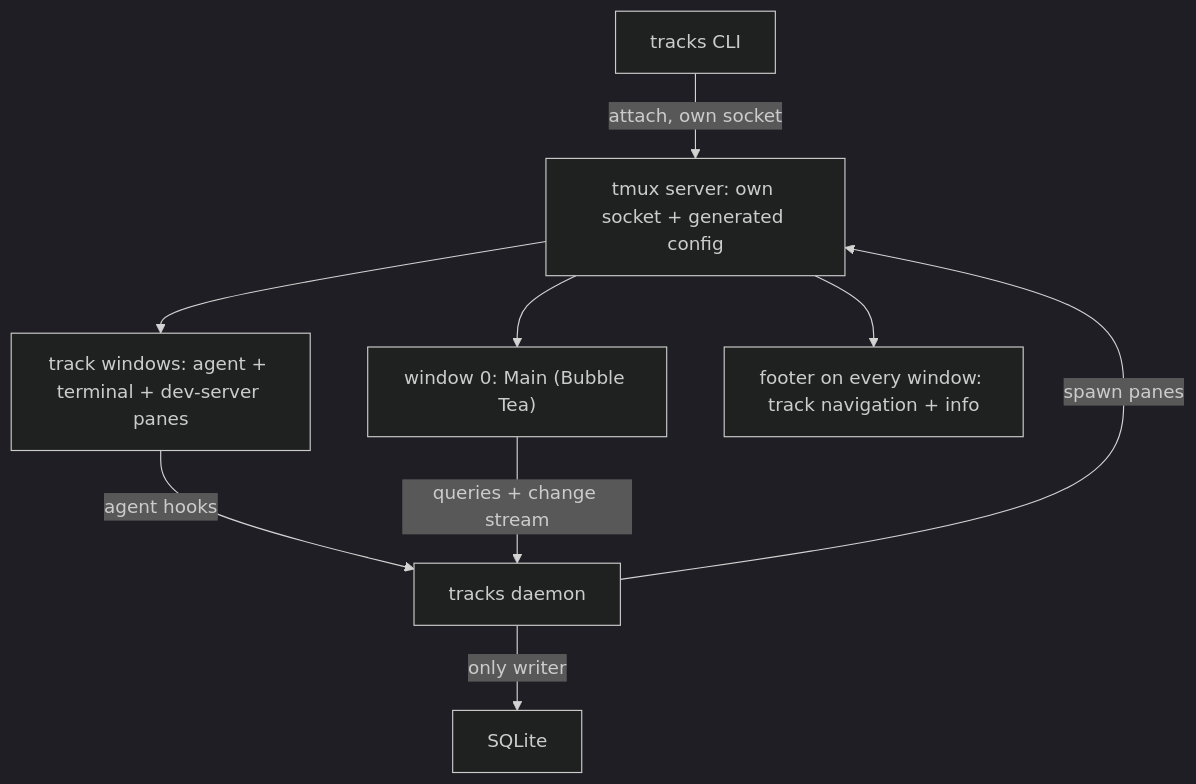
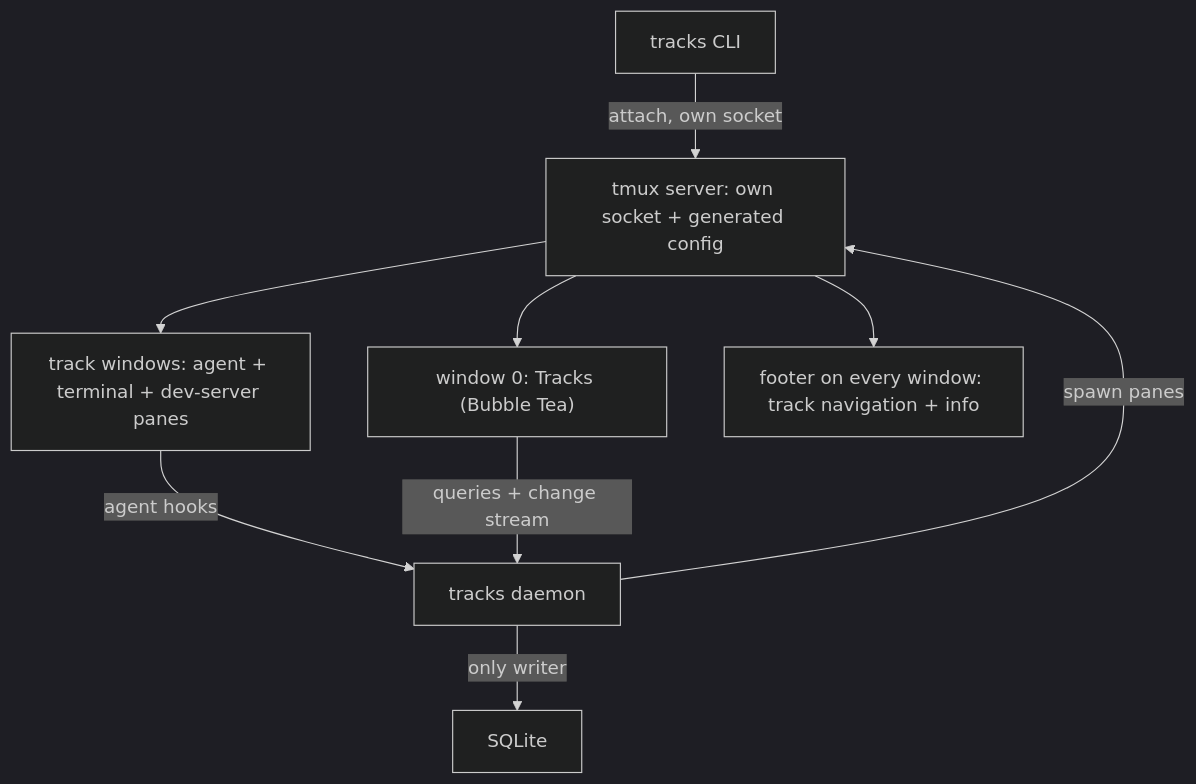
The diagram in docs/v2/masterplan.md (bluegardenproject/tracks), drawn with Mermaid (dark theme) before and after one commit. The commit also changed other lines of this file and 15 other files, not shown here.

````diff
--- a/docs/v2/masterplan.md
+++ b/docs/v2/masterplan.md
@@ -44,11 +45,11 @@
 ```mermaid
 flowchart TD
     cli["tracks CLI"] -->|"attach, own socket"| server["tmux server: own socket + generated config"]
     daemon["tracks daemon"] -->|"spawn panes"| server
-    server --> mainWin["window 0: Main (Bubble Tea)"]
+    server --> tracksWin["window 0: Tracks (Bubble Tea)"]
     server --> trackWin["track windows: agent + terminal + dev-server panes"]
     server --> footer["footer on every window: track navigation + info"]
     trackWin -->|"agent hooks"| daemon
     daemon -->|"only writer"| db["SQLite"]
-    mainWin -->|"queries + change stream"| daemon
+    tracksWin -->|"queries + change stream"| daemon
 ```
````
